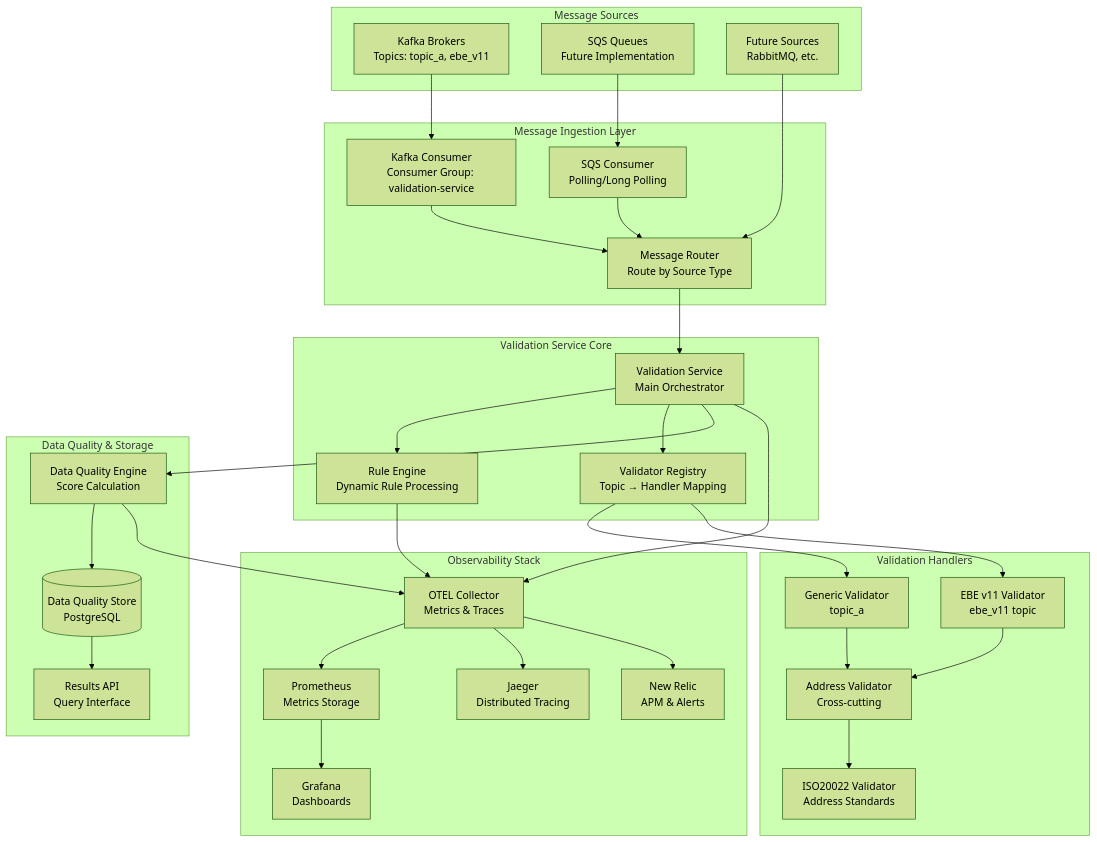
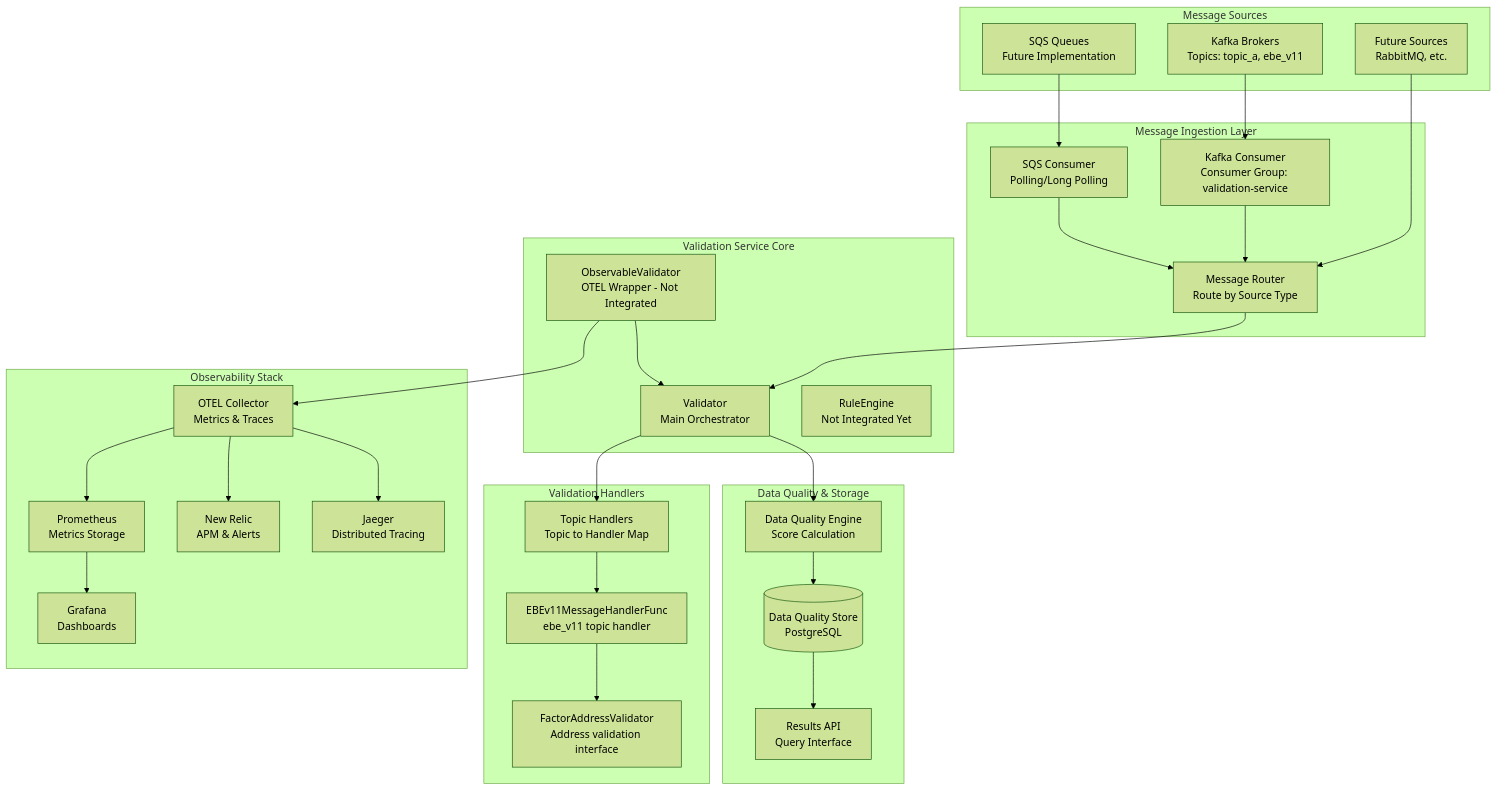
Before and after one commit to Joematpal/kafka-stream: the first of 9 diagrams in docs/VALIDATION_SERVICE_FLOW.md, drawn with Mermaid (forest theme). The commit also changed other lines of this file and 1 other file, not shown here.

````diff
--- a/docs/VALIDATION_SERVICE_FLOW.md
+++ b/docs/VALIDATION_SERVICE_FLOW.md
@@ -5,72 +5,65 @@
 ```mermaid
 graph TB
     subgraph "Message Sources"
         K[Kafka Brokers<br/>Topics: topic_a, ebe_v11]
         S[SQS Queues<br/>Future Implementation]
         F[Future Sources<br/>RabbitMQ, etc.]
     end
     
     subgraph "Message Ingestion Layer"
         KConsumer[Kafka Consumer<br/>Consumer Group: validation-service]
         SConsumer[SQS Consumer<br/>Polling/Long Polling]
         MRouter[Message Router<br/>Route by Source Type]
     end
     
     subgraph "Validation Service Core"
-        VS[Validation Service<br/>Main Orchestrator]
-        RuleEngine[Rule Engine<br/>Dynamic Rule Processing]
-        ValidatorRegistry[Validator Registry<br/>Topic → Handler Mapping]
+        VS[Validator<br/>Main Orchestrator]
+        RuleEngine[RuleEngine<br/>Not Integrated Yet]
+        ObservableValidator[ObservableValidator<br/>OTEL Wrapper - Not Integrated]
     end
     
     subgraph "Validation Handlers"
-        GenericHandler[Generic Validator<br/>topic_a]
-        EBEHandler[EBE v11 Validator<br/>ebe_v11 topic]
-        AddressHandler[Address Validator<br/>Cross-cutting]
-        ISO20022Handler[ISO20022 Validator<br/>Address Standards]
+        TopicHandlers[Topic Handlers<br/>Topic to Handler Map]
+        EBEHandler[EBEv11MessageHandlerFunc<br/>ebe_v11 topic handler]
+        AddressHandler[FactorAddressValidator<br/>Address validation interface]
     end
     
     subgraph "Data Quality & Storage"
         DQEngine[Data Quality Engine<br/>Score Calculation]
         DQStore[(Data Quality Store<br/>PostgreSQL)]
         ResultsAPI[Results API<br/>Query Interface]
     end
     
     subgraph "Observability Stack"
         OTELCollector[OTEL Collector<br/>Metrics & Traces]
         Prometheus[Prometheus<br/>Metrics Storage]
         Grafana[Grafana<br/>Dashboards]
         NewRelic[New Relic<br/>APM & Alerts]
         Jaeger[Jaeger<br/>Distributed Tracing]
     end
     
     K --> KConsumer
     S --> SConsumer
     F --> MRouter
     
     KConsumer --> MRouter
     SConsumer --> MRouter
     
     MRouter --> VS
-    VS --> RuleEngine
-    VS --> ValidatorRegistry
+    VS --> TopicHandlers
     
-    ValidatorRegistry --> GenericHandler
-    ValidatorRegistry --> EBEHandler
-    
-    GenericHandler --> AddressHandler
+    TopicHandlers --> EBEHandler
     EBEHandler --> AddressHandler
-    AddressHandler --> ISO20022Handler
     
     VS --> DQEngine
     DQEngine --> DQStore
     DQStore --> ResultsAPI
     
-    VS --> OTELCollector
-    RuleEngine --> OTELCollector
-    DQEngine --> OTELCollector
+    ObservableValidator --> VS
+    ObservableValidator --> OTELCollector
     
     OTELCollector --> Prometheus
     OTELCollector --> Jaeger
     Prometheus --> Grafana
     OTELCollector --> NewRelic
 ```
````
